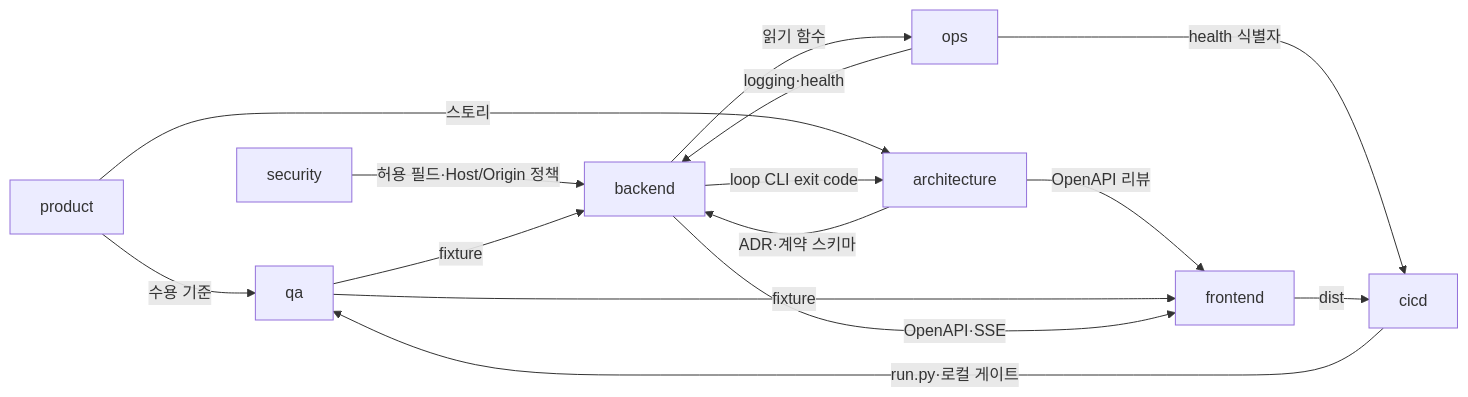
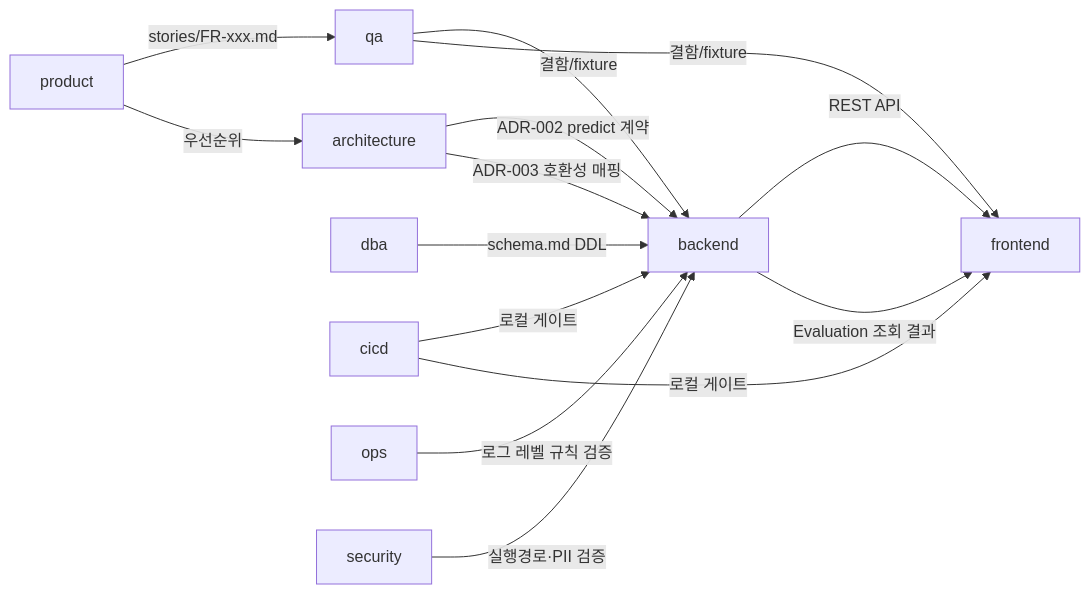
One commit to funpinbo/ML_auto_evaluation changed the second of 2 diagrams in workspace/project/40-team-composition.md. Above: the diagram before and after it, drawn with Mermaid. The commit also changed other lines of this file and 184 other files, not shown here.

````diff
--- a/workspace/project/40-team-composition.md
+++ b/workspace/project/40-team-composition.md
@@ -149,17 +108,16 @@
 ```mermaid
 flowchart LR
-  product -->|수용 기준| qa
-  product -->|스토리| architecture
-  architecture -->|ADR·계약 스키마| backend
-  architecture -->|OpenAPI 리뷰| frontend
-  security -->|허용 필드·Host/Origin 정책| backend
-  qa -->|fixture| backend
-  qa -->|fixture| frontend
-  backend -->|OpenAPI·SSE| frontend
-  backend -->|loop CLI exit code| architecture
-  backend -->|읽기 함수| ops
-  ops -->|logging·health| backend
-  ops -->|health 식별자| cicd
-  frontend -->|dist| cicd
-  cicd -->|run.py·로컬 게이트| qa
+  product -->|stories/FR-xxx.md| qa
+  product -->|우선순위| architecture
+  architecture -->|ADR-002 predict 계약| backend
+  architecture -->|ADR-003 호환성 매핑| backend
+  dba -->|schema.md DDL| backend
+  backend -->|REST API| frontend
+  backend -->|Evaluation 조회 결과| frontend
+  qa -->|결함/fixture| backend
+  qa -->|결함/fixture| frontend
+  cicd -->|로컬 게이트| backend
+  cicd -->|로컬 게이트| frontend
+  ops -->|로그 레벨 규칙 검증| backend
+  security -->|실행경로·PII 검증| backend
 ```
````
